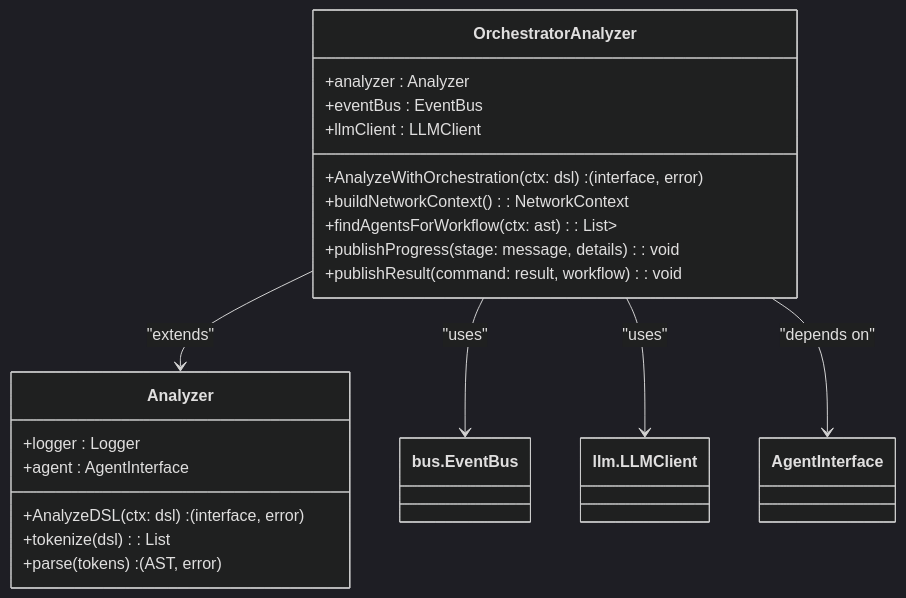
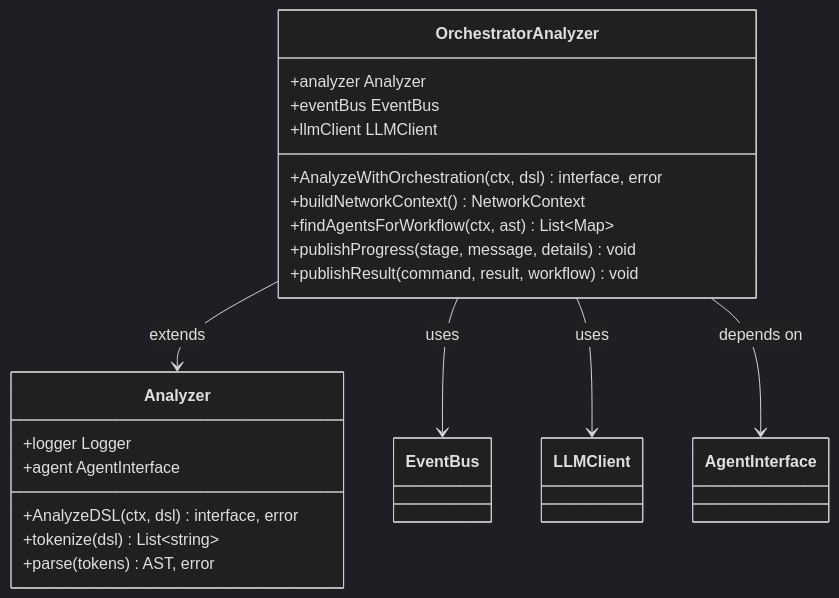
One commit to prxs-ai/praxis-go-sdk changed the third of 7 diagrams in docs/Architecture Overview/DSL Processing Engine/DSL Orchestrator.md. Above: the diagram before and after it, drawn with Mermaid (dark theme). The commit also changed other lines of this file and 33 other files, not shown here.

````diff
--- a/docs/Architecture Overview/DSL Processing Engine/DSL Orchestrator.md
+++ b/docs/Architecture Overview/DSL Processing Engine/DSL Orchestrator.md
@@ -104,24 +104,24 @@
 ```mermaid
 classDiagram
 class OrchestratorAnalyzer {
-+analyzer : Analyzer
-+eventBus : EventBus
-+llmClient : LLMClient
-+AnalyzeWithOrchestration(ctx: dsl) : (interface, error)
-+buildNetworkContext() : NetworkContext
-+findAgentsForWorkflow(ctx: ast) : List<Map<string, interface>>
-+publishProgress(stage: message, details) : void
-+publishResult(command: result, workflow) : void
++analyzer Analyzer
++eventBus EventBus
++llmClient LLMClient
++AnalyzeWithOrchestration(ctx, dsl) interface, error
++buildNetworkContext() NetworkContext
++findAgentsForWorkflow(ctx, ast) List~Map~
++publishProgress(stage, message, details) void
++publishResult(command, result, workflow) void
 }
 class Analyzer {
-+logger : Logger
-+agent : AgentInterface
-+AnalyzeDSL(ctx: dsl) : (interface, error)
-+tokenize(dsl) : List<string>
-+parse(tokens) : (AST, error)
++logger Logger
++agent AgentInterface
++AnalyzeDSL(ctx, dsl) interface, error
++tokenize(dsl) List~string~
++parse(tokens) AST, error
 }
-OrchestratorAnalyzer --> Analyzer : "extends"
-OrchestratorAnalyzer --> bus.EventBus : "uses"
-OrchestratorAnalyzer --> llm.LLMClient : "uses"
-OrchestratorAnalyzer --> AgentInterface : "depends on"
+OrchestratorAnalyzer --> Analyzer: extends
+OrchestratorAnalyzer --> EventBus: uses
+OrchestratorAnalyzer --> LLMClient: uses
+OrchestratorAnalyzer --> AgentInterface: depends on
 ```
````
